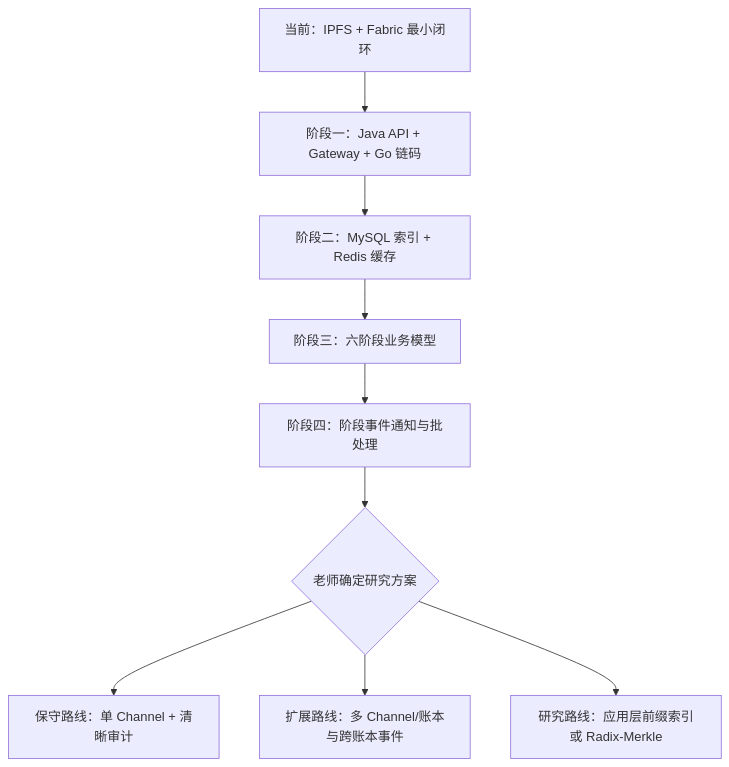
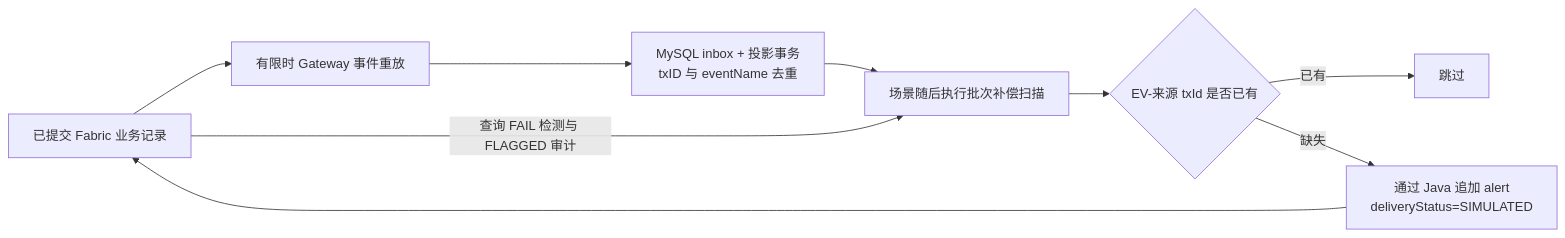
One commit to Keep-Passionate/blockchain-storage-lab changed the second of 2 diagrams in docs/05-data-flow.md. Above: the diagram before and after it, drawn with Mermaid. The commit also changed other lines of this file and 38 other files, not shown here.

Commit message:
feat: add four-layer Fabric provenance with IPFS evidence and SQL projections

````diff
--- a/docs/05-data-flow.md
+++ b/docs/05-data-flow.md
@@ -130,11 +92,11 @@
 ```mermaid
-flowchart TD
-    A[当前：IPFS + Fabric 最小闭环] --> B[阶段一：Java API + Gateway + Go 链码]
-    B --> C[阶段二：MySQL 索引 + Redis 缓存]
-    C --> D[阶段三：六阶段业务模型]
-    D --> E[阶段四：阶段事件通知与批处理]
-    E --> F{老师确定研究方案}
-    F --> G[保守路线：单 Channel + 清晰审计]
-    F --> H[扩展路线：多 Channel/账本与跨账本事件]
-    F --> I[研究路线：应用层前缀索引或 Radix-Merkle]
+flowchart LR
+    L[已提交 Fabric 业务记录] --> E[有限时 Gateway 事件重放]
+    E --> I[MySQL inbox + 投影事务<br/>txID 与 eventName 去重]
+    I --> S[场景随后执行批次补偿扫描]
+    L -->|查询 FAIL 检测与 FLAGGED 审计| S
+    S --> C{EV-来源 txId 是否已有}
+    C -->|已有| Skip[跳过]
+    C -->|缺失| A[通过 Java 追加 alert<br/>deliveryStatus=SIMULATED]
+    A --> L
 ```
````
